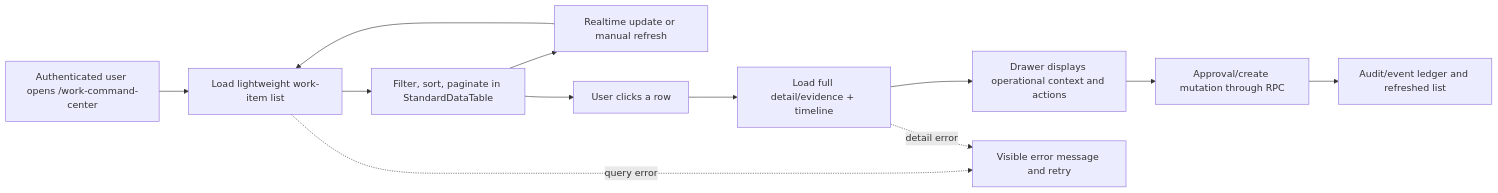
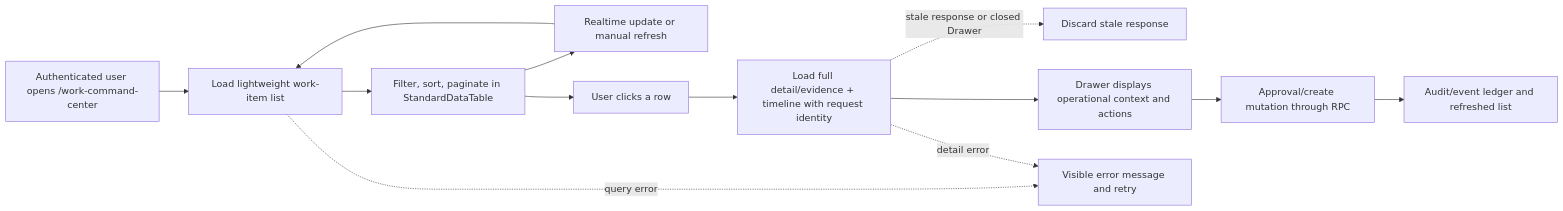
Before and after one commit to paramonjong-afk/WisdomAI: the diagram in docs/WORK_COMMAND_CENTER_FLOW.md, drawn with Mermaid. The commit also changed other lines of this file and 4 other files, not shown here.

Commit message:
fix: guard work drawer detail races

````diff
--- a/docs/WORK_COMMAND_CENTER_FLOW.md
+++ b/docs/WORK_COMMAND_CENTER_FLOW.md
@@ -3,14 +3,15 @@
 ```mermaid
 flowchart LR
   A[Authenticated user opens /work-command-center] --> B[Load lightweight work-item list]
   B --> C[Filter, sort, paginate in StandardDataTable]
   C --> D[Realtime update or manual refresh]
   D --> B
   C --> E[User clicks a row]
-  E --> F[Load full detail/evidence + timeline]
+  E --> F[Load full detail/evidence + timeline with request identity]
+  F -. stale response or closed Drawer .-> X[Discard stale response]
   F --> G[Drawer displays operational context and actions]
   G --> H[Approval/create mutation through RPC]
   H --> I[Audit/event ledger and refreshed list]
   B -. query error .-> J[Visible error message and retry]
   F -. detail error .-> J
 ```
````
